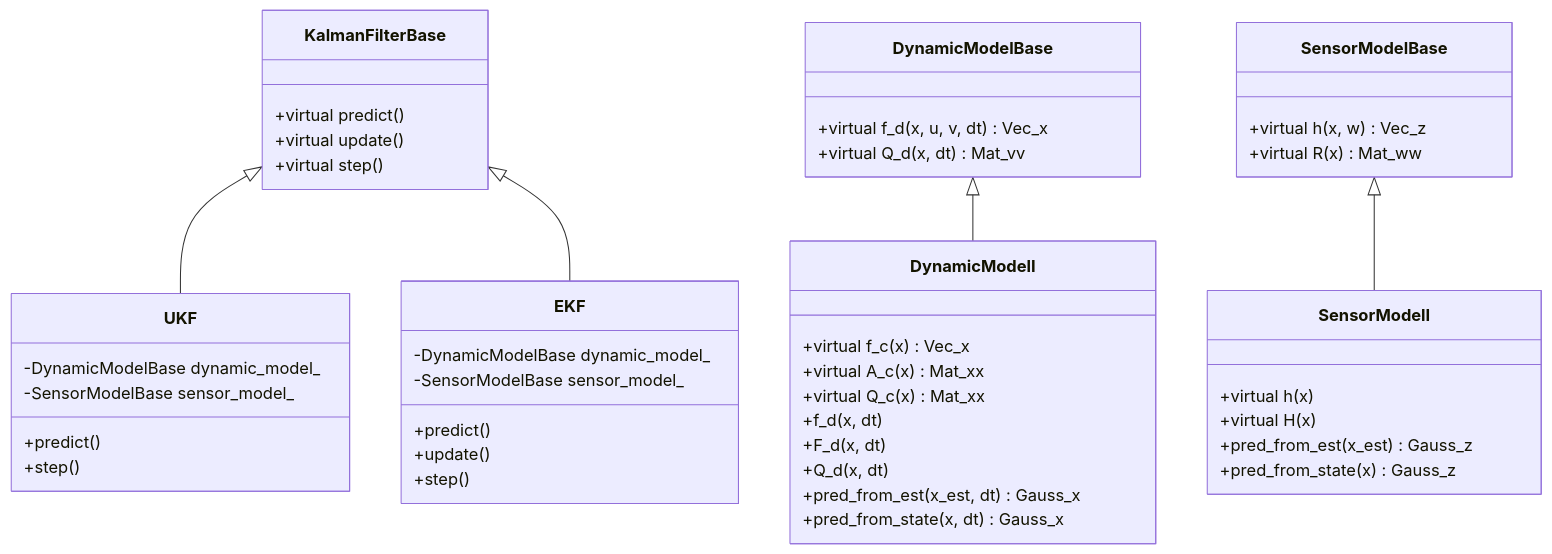
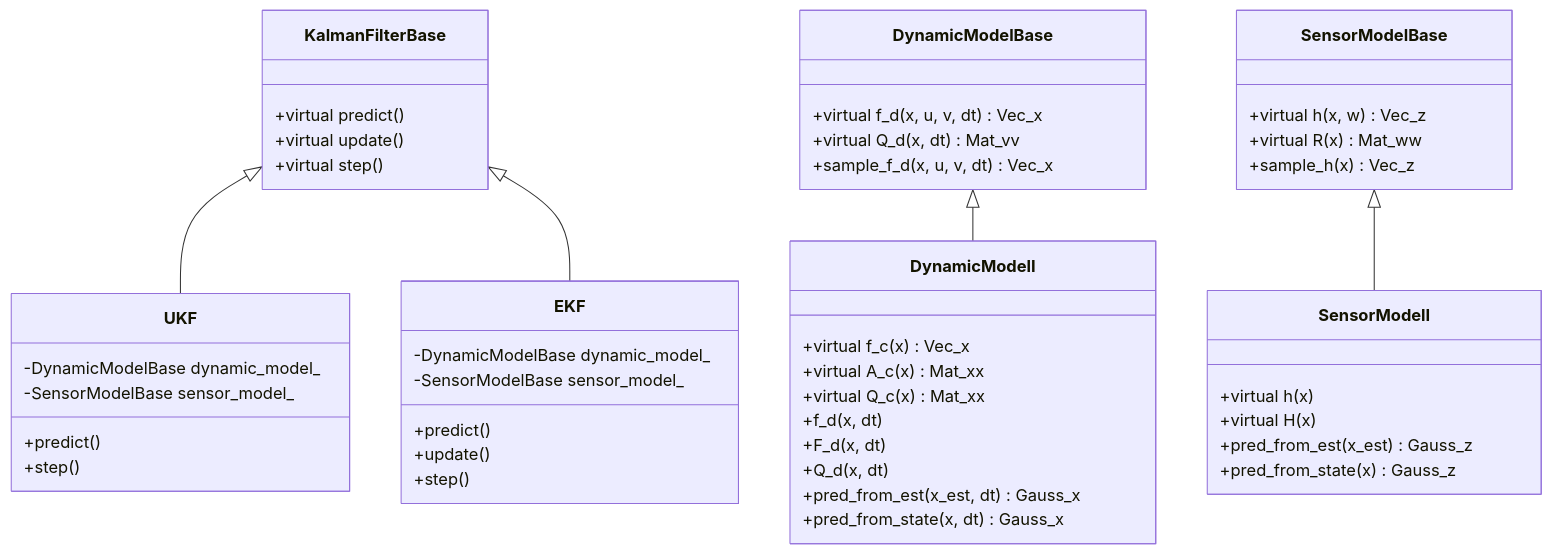
Before and after one commit to vortexntnu/vortex-vkf: the diagram in docs/vkf_class_diagram.md, drawn with Mermaid. The commit also changed 4 other files, not shown here.

````diff
--- a/docs/vkf_class_diagram.md
+++ b/docs/vkf_class_diagram.md
@@ -1,57 +1,59 @@
 ```mermaid
 classDiagram
     KalmanFilterBase <|-- UKF
     KalmanFilterBase <|-- EKF
     DynamicModelBase <|-- DynamicModelI
     SensorModelBase <|-- SensorModelI
 
 
     class KalmanFilterBase{
       +virtual predict()
       +virtual update()
       +virtual step()
     }
 
     class EKF{
         -DynamicModelBase dynamic_model_
         -SensorModelBase sensor_model_
         +predict()
         +update()
         +step()
     }
 
     class UKF{
         -DynamicModelBase dynamic_model_
         -SensorModelBase sensor_model_
         +predict()
         +step()
     }
 
     class DynamicModelBase{
         +virtual f_d(x, u, v, dt) Vec_x
         +virtual Q_d(x, dt) Mat_vv
+        +sample_f_d(x, u, v, dt) Vec_x
     }
 
     class SensorModelBase{
         +virtual h(x, w) Vec_z
         +virtual R(x) Mat_ww
+        +sample_h(x) Vec_z
     }
 
     class DynamicModelI {
         +virtual f_c(x) Vec_x
         +virtual A_c(x) Mat_xx
         +virtual Q_c(x) Mat_xx
         +f_d(x, dt)
         +F_d(x, dt)
         +Q_d(x, dt)
         +pred_from_est(x_est, dt) Gauss_x
         +pred_from_state(x, dt) Gauss_x
     }
 
     class SensorModelI {
         +virtual h(x)
         +virtual H(x)
         +pred_from_est(x_est) Gauss_z
         +pred_from_state(x) Gauss_z
     }
 ```
````
